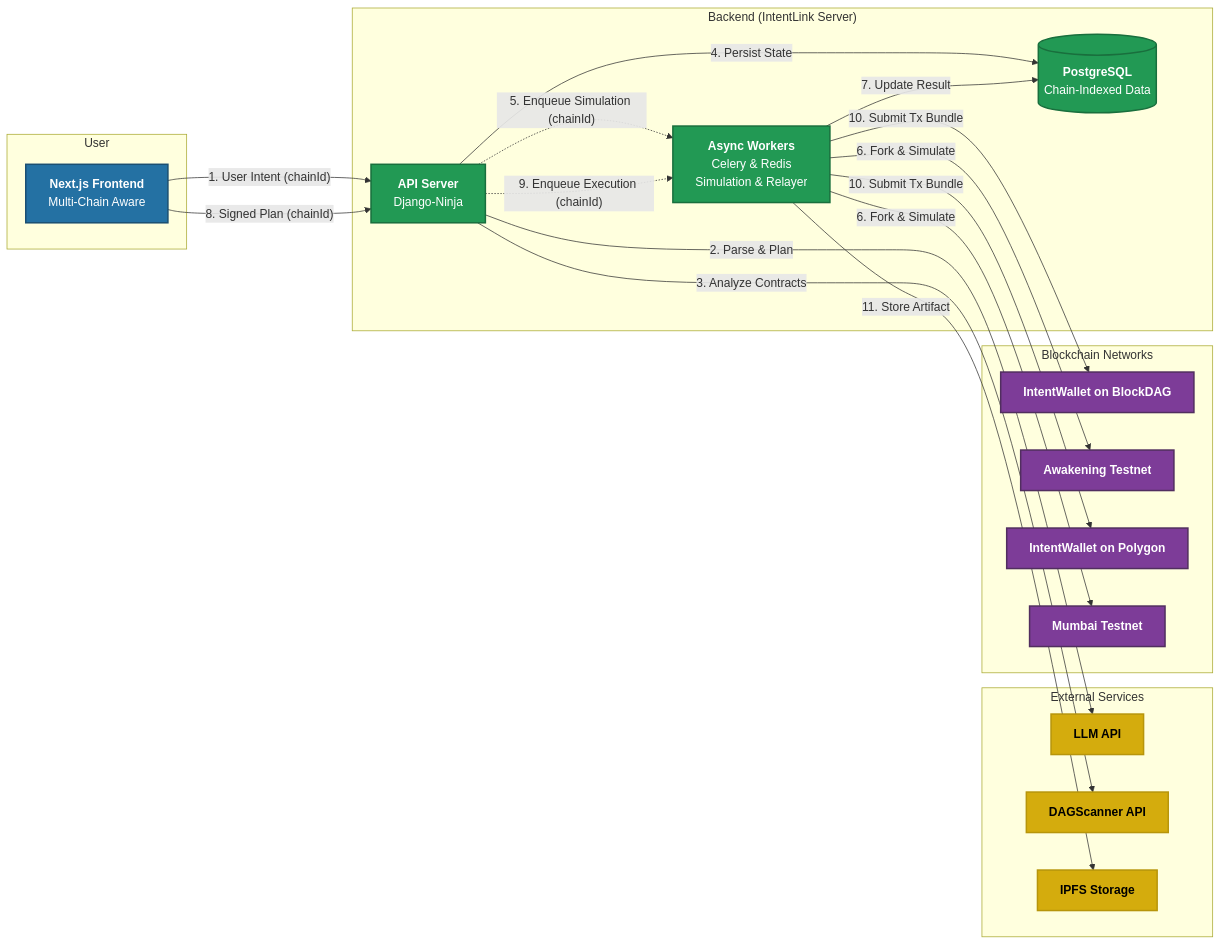
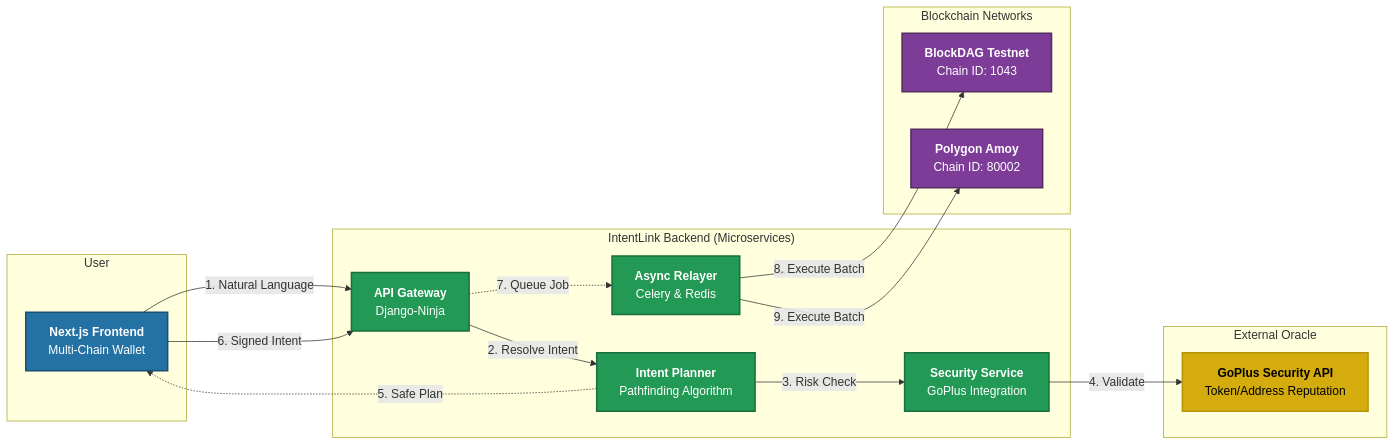
The diagram in README.md (SheriffMudasir/IntentLink), drawn with Mermaid before and after one commit. The commit also changed other lines of this file, not shown here.

````diff
--- a/README.md
+++ b/README.md
@@ -77,53 +71,44 @@
 ```mermaid
 graph LR
     classDef user fill:#2471A3,color:#FFFFFF,stroke:#1B4F72,stroke-width:2px
     classDef backend fill:#229954,color:#FFFFFF,stroke:#196F3D,stroke-width:2px
     classDef external fill:#D4AC0D,color:#000000,stroke:#B7950B,stroke-width:2px
     classDef blockchain fill:#7D3C98,color:#FFFFFF,stroke:#512E5F,stroke-width:2px
 
     subgraph User
-        UI[<b>Next.js Frontend</b><br/>Multi-Chain Aware]
+        UI[<b>Next.js Frontend</b><br/>Multi-Chain Wallet]
     end
     class UI user
 
-    subgraph "Backend (IntentLink Server)"
-        API["<b>API Server</b><br/>Django-Ninja"]
-        Async["<b>Async Workers</b><br/>Celery & Redis<br/>Simulation & Relayer"]
-        DB[(<b>PostgreSQL</b><br/>Chain-Indexed Data)]
+    subgraph "IntentLink Backend (Microservices)"
+        API["<b>API Gateway</b><br/>Django-Ninja"]
+        Planner["<b>Intent Planner</b><br/>Pathfinding Algorithm"]
+        Security["<b>Security Service</b><br/>GoPlus Integration"]
+        Async["<b>Async Relayer</b><br/>Celery & Redis"]
     end
-    class API,Async,DB backend
+    class API,Planner,Security,Async backend
 
-    subgraph "External Services"
-        LLM[<b>LLM API</b>]
-        DAGScanner[<b>DAGScanner API</b>]
-        IPFS[<b>IPFS Storage</b>]
+    subgraph "External Oracle"
+        GoPlus[<b>GoPlus Security API</b><br/>Token/Address Reputation]
     end
-    class LLM,DAGScanner,IPFS external
+    class GoPlus external
 
     subgraph "Blockchain Networks"
-        BDAG_Wallet[<b>IntentWallet on BlockDAG</b>]
-        BDAG_Testnet[<b>Awakening Testnet</b>]
-        POLY_Wallet[<b>IntentWallet on Polygon</b>]
-        POLY_Testnet[<b>Mumbai Testnet</b>]
+        BDAG[<b>BlockDAG Testnet</b><br/>Chain ID: 1043]
+        POLY[<b>Polygon Amoy</b><br/>Chain ID: 80002]
     end
-    class BDAG_Wallet,BDAG_Testnet,POLY_Wallet,POLY_Testnet blockchain
+    class BDAG,POLY blockchain
 
     %% --- Main Flows ---
-    UI -- "1. User Intent (chainId)" --> API
+    UI -- "1. Natural Language" --> API
+    API -- "2. Resolve Intent" --> Planner
+    Planner -- "3. Risk Check" --> Security
+    Security -- "4. Validate" --> GoPlus
     
-    API -- "2. Parse & Plan" --> LLM
-    API -- "3. Analyze Contracts" --> DAGScanner
-    API -- "4. Persist State" --> DB
+    Planner -. "5. Safe Plan" .-> UI
+    UI -- "6. Signed Intent" --> API
+    API -. "7. Queue Job" .-> Async
 
-    API -. "5. Enqueue Simulation (chainId)" .-> Async
-    Async -- "6. Fork & Simulate" --> BDAG_Testnet
-    Async -- "6. Fork & Simulate" --> POLY_Testnet
-    Async -- "7. Update Result" --> DB
-
-    UI -- "8. Signed Plan (chainId)" --> API
-    API -. "9. Enqueue Execution (chainId)" .-> Async
-
-    Async -- "10. Submit Tx Bundle" --> BDAG_Wallet
-    Async -- "10. Submit Tx Bundle" --> POLY_Wallet
-    Async -- "11. Store Artifact" --> IPFS
+    Async -- "8. Execute Batch" --> BDAG
+    Async -- "9. Execute Batch" --> POLY
 ```
````
